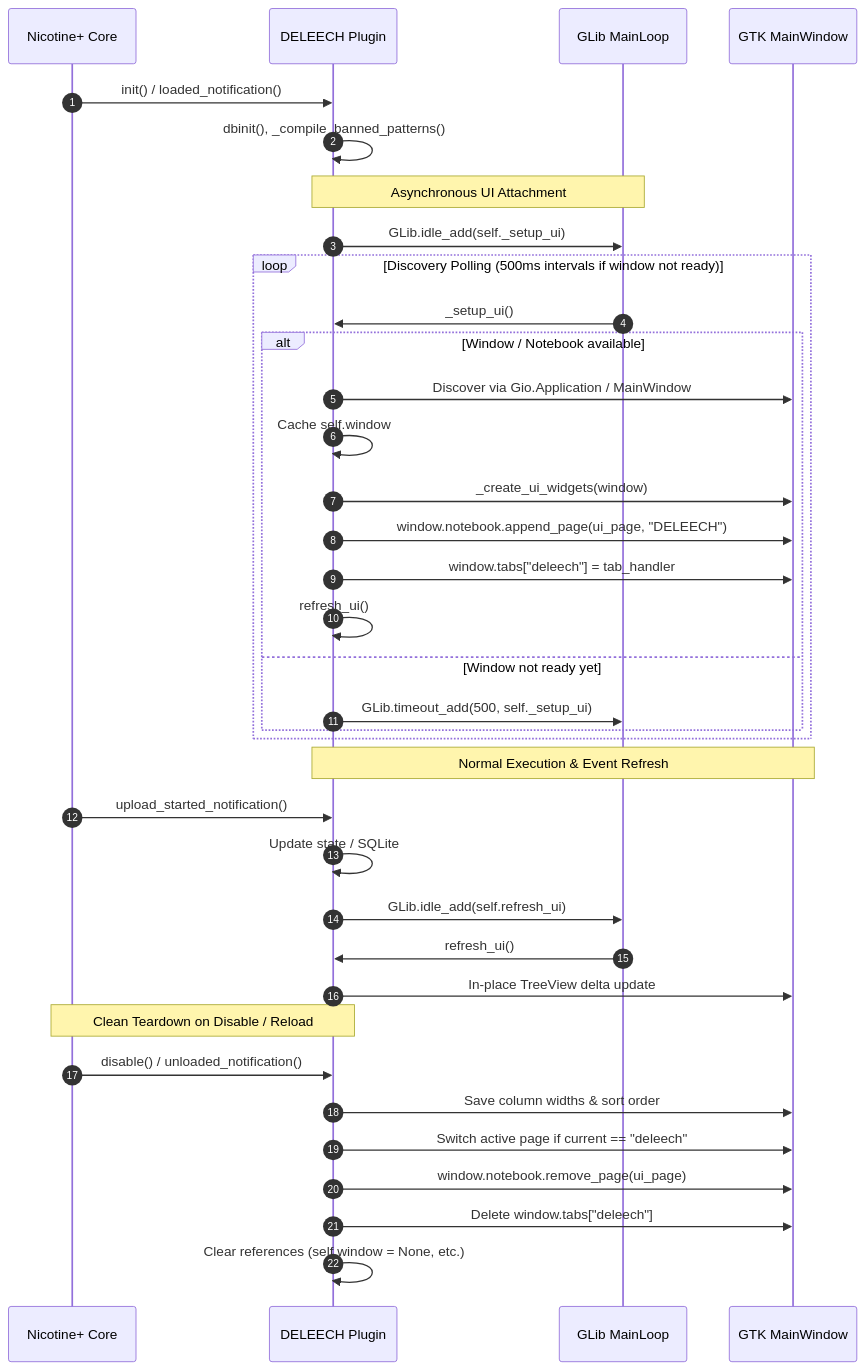
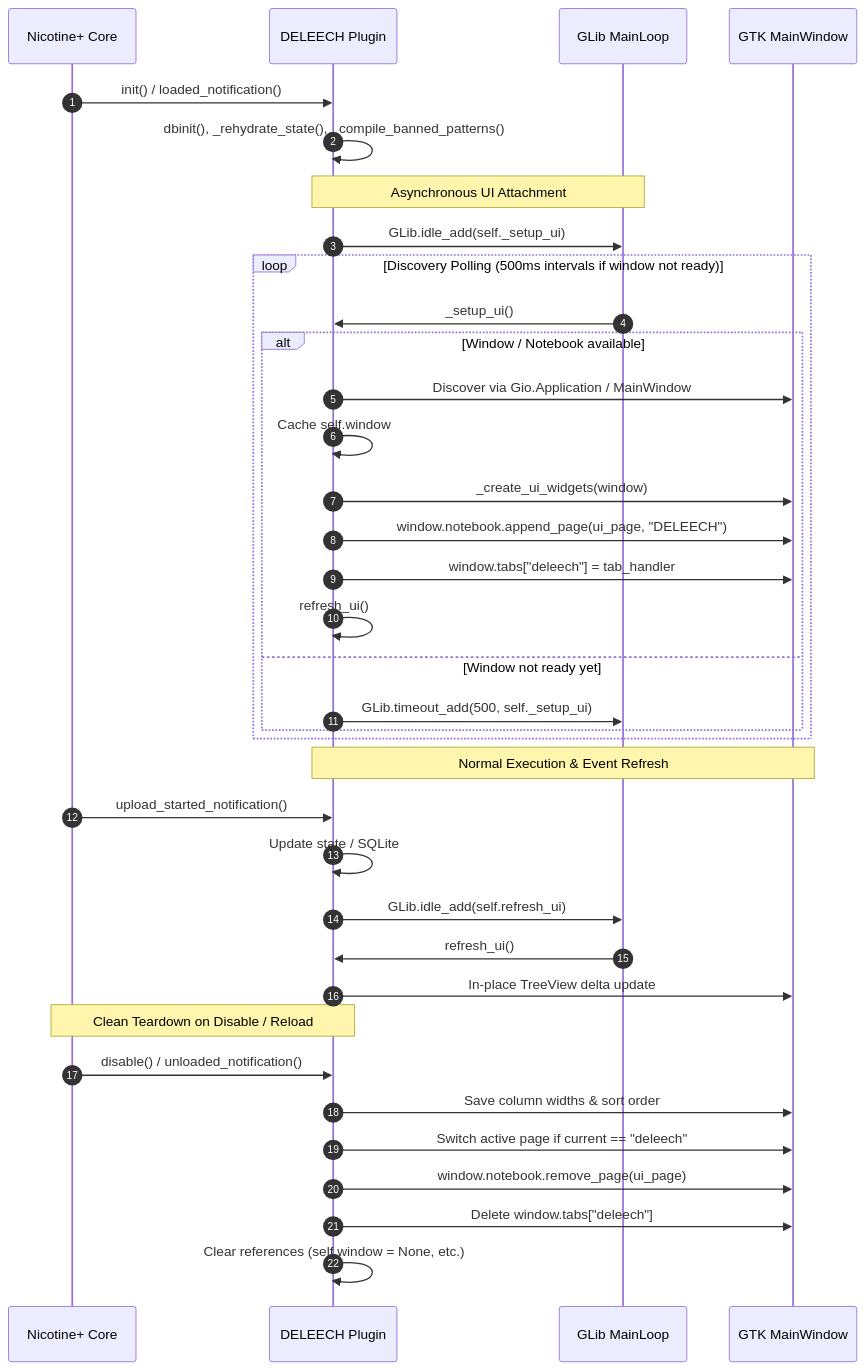
The second of 7 diagrams in MONITOR.md (paradigm-city/DELEECH), drawn with Mermaid before and after one commit. The commit also changed other lines of this file and 3 other files, not shown here.

````diff
--- a/MONITOR.md
+++ b/MONITOR.md
@@ -89,42 +89,42 @@
 ```mermaid
 sequenceDiagram
     autonumber
     participant Core as Nicotine+ Core
     participant Plugin as DELEECH Plugin
     participant GLib as GLib MainLoop
     participant Win as GTK MainWindow
 
     Core->>Plugin: init() / loaded_notification()
-    Plugin->>Plugin: dbinit(), _compile_banned_patterns()
+    Plugin->>Plugin: dbinit(), _rehydrate_state(), _compile_banned_patterns()
     Note over Plugin,GLib: Asynchronous UI Attachment
     Plugin->>GLib: GLib.idle_add(self._setup_ui)
     
     loop Discovery Polling (500ms intervals if window not ready)
         GLib->>Plugin: _setup_ui()
         alt Window / Notebook available
             Plugin->>Win: Discover via Gio.Application / MainWindow
             Plugin->>Plugin: Cache self.window
             Plugin->>Win: _create_ui_widgets(window)
             Plugin->>Win: window.notebook.append_page(ui_page, "DELEECH")
             Plugin->>Win: window.tabs["deleech"] = tab_handler
             Plugin->>Plugin: refresh_ui()
         else Window not ready yet
             Plugin->>GLib: GLib.timeout_add(500, self._setup_ui)
         end
     end
 
     Note over Plugin,Win: Normal Execution & Event Refresh
     Core->>Plugin: upload_started_notification()
     Plugin->>Plugin: Update state / SQLite
     Plugin->>GLib: GLib.idle_add(self.refresh_ui)
     GLib->>Plugin: refresh_ui()
     Plugin->>Win: In-place TreeView delta update
 
     Note over Core,Plugin: Clean Teardown on Disable / Reload
     Core->>Plugin: disable() / unloaded_notification()
     Plugin->>Win: Save column widths & sort order
     Plugin->>Win: Switch active page if current == "deleech"
     Plugin->>Win: window.notebook.remove_page(ui_page)
     Plugin->>Win: Delete window.tabs["deleech"]
     Plugin->>Plugin: Clear references (self.window = None, etc.)
 ```
````
